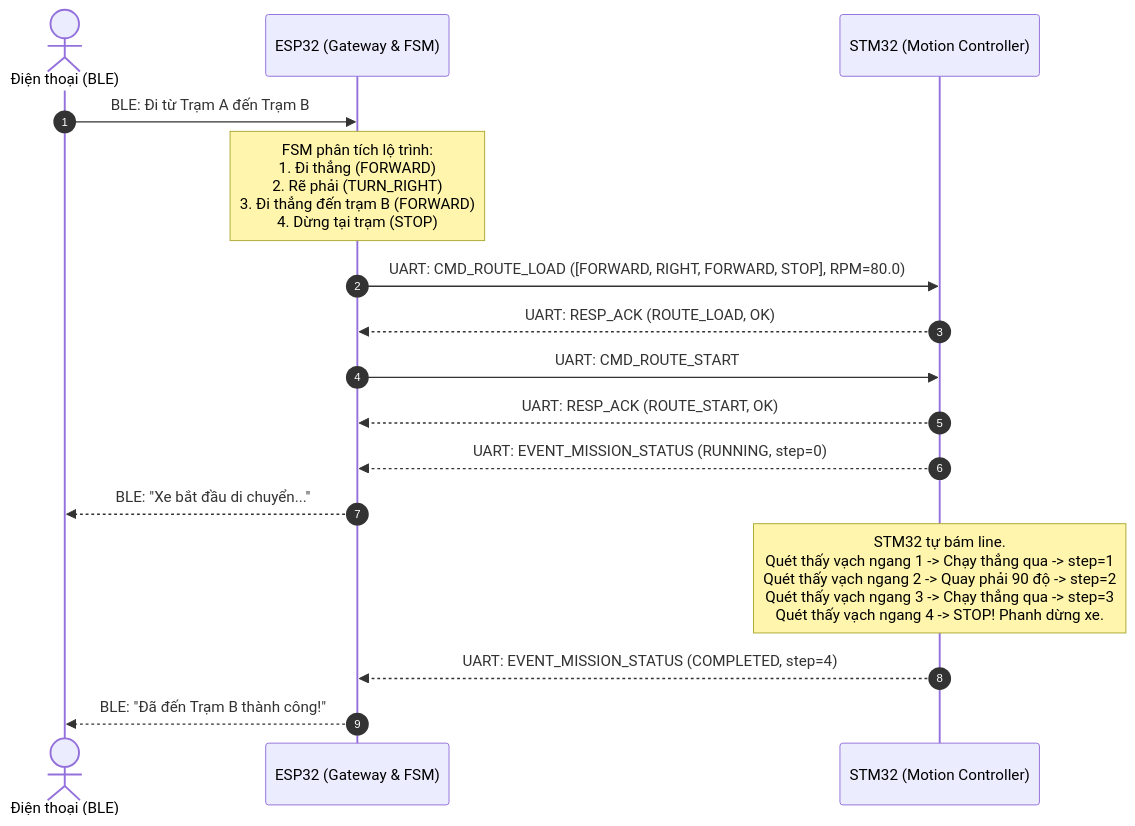
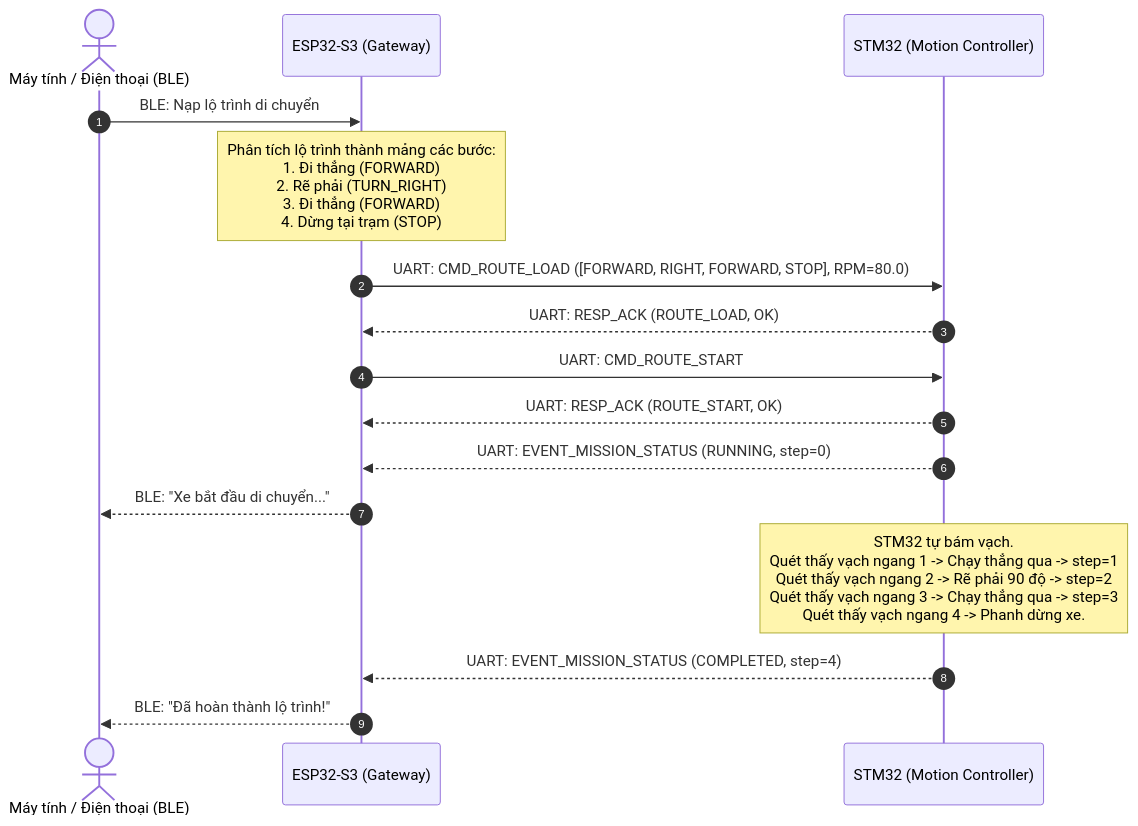
The diagram in docs/esp32_uart_protocol_guide.md (vuhpkt/agv), drawn with Mermaid before and after one commit. The commit also changed other lines of this file and 5 other files, not shown here.

````diff
--- a/docs/esp32_uart_protocol_guide.md
+++ b/docs/esp32_uart_protocol_guide.md
@@ -161,23 +161,23 @@
 ```mermaid
 sequenceDiagram
     autonumber
-    actor User as Điện thoại (BLE)
-    participant ESP as ESP32 (Gateway & FSM)
+    actor User as Máy tính / Điện thoại (BLE)
+    participant ESP as ESP32-S3 (Gateway)
     participant STM as STM32 (Motion Controller)
 
-    User->>ESP: BLE: Đi từ Trạm A đến Trạm B
-    Note over ESP: FSM phân tích lộ trình:<br/>1. Đi thẳng (FORWARD)<br/>2. Rẽ phải (TURN_RIGHT)<br/>3. Đi thẳng đến trạm B (FORWARD)<br/>4. Dừng tại trạm (STOP)
+    User->>ESP: BLE: Nạp lộ trình di chuyển
+    Note over ESP: Phân tích lộ trình thành mảng các bước:<br/>1. Đi thẳng (FORWARD)<br/>2. Rẽ phải (TURN_RIGHT)<br/>3. Đi thẳng (FORWARD)<br/>4. Dừng tại trạm (STOP)
     
     ESP->>STM: UART: CMD_ROUTE_LOAD ([FORWARD, RIGHT, FORWARD, STOP], RPM=80.0)
     STM-->>ESP: UART: RESP_ACK (ROUTE_LOAD, OK)
     
     ESP->>STM: UART: CMD_ROUTE_START
     STM-->>ESP: UART: RESP_ACK (ROUTE_START, OK)
     STM-->>ESP: UART: EVENT_MISSION_STATUS (RUNNING, step=0)
     ESP-->>User: BLE: "Xe bắt đầu di chuyển..."
 
-    Note over STM: STM32 tự bám line.<br/>Quét thấy vạch ngang 1 -> Chạy thẳng qua -> step=1<br/>Quét thấy vạch ngang 2 -> Quay phải 90 độ -> step=2<br/>Quét thấy vạch ngang 3 -> Chạy thẳng qua -> step=3<br/>Quét thấy vạch ngang 4 -> STOP! Phanh dừng xe.
+    Note over STM: STM32 tự bám vạch.<br/>Quét thấy vạch ngang 1 -> Chạy thẳng qua -> step=1<br/>Quét thấy vạch ngang 2 -> Rẽ phải 90 độ -> step=2<br/>Quét thấy vạch ngang 3 -> Chạy thẳng qua -> step=3<br/>Quét thấy vạch ngang 4 -> Phanh dừng xe.
 
     STM-->>ESP: UART: EVENT_MISSION_STATUS (COMPLETED, step=4)
-    ESP-->>User: BLE: "Đã đến Trạm B thành công!"
+    ESP-->>User: BLE: "Đã hoàn thành lộ trình!"
 ```
````
